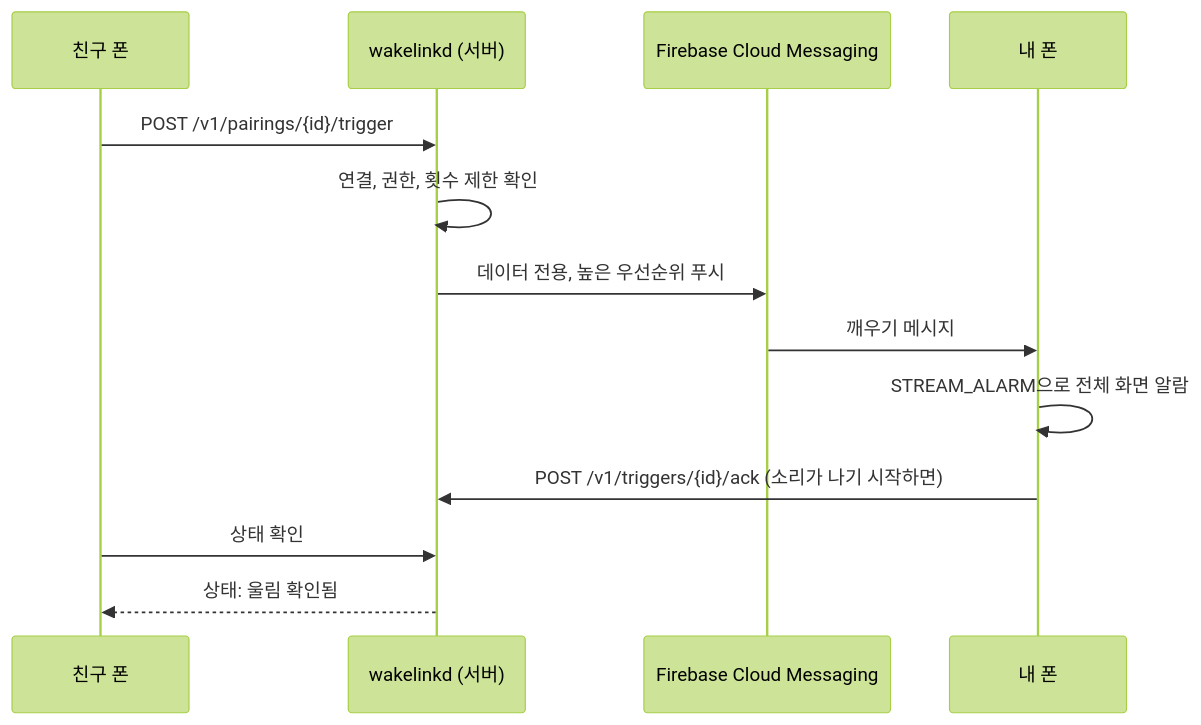
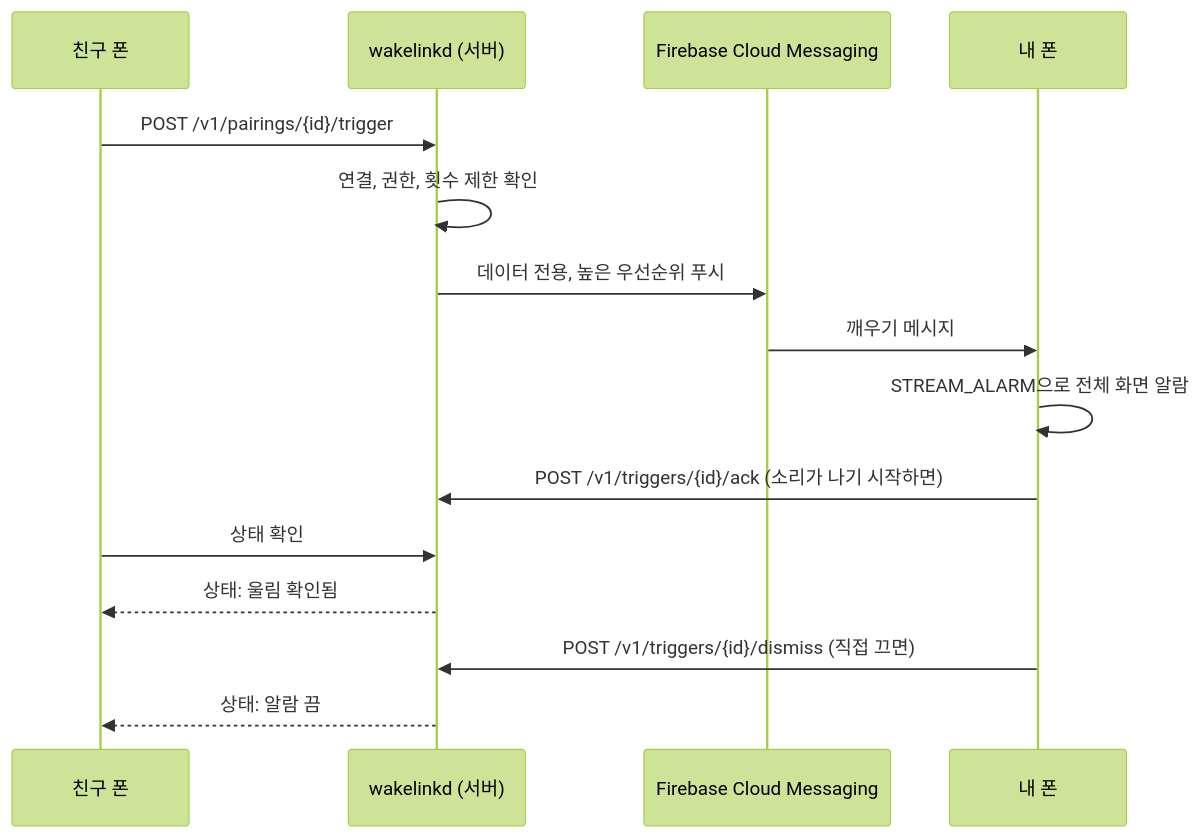
The diagram in README.ko.md (seolcu/wakelink), drawn with Mermaid (forest theme) before and after one commit. The commit also changed other lines of this file and 31 other files, not shown here.

````diff
--- a/README.ko.md
+++ b/README.ko.md
@@ -67,15 +67,17 @@
 ```mermaid
 sequenceDiagram
     participant A as 친구 폰
     participant S as wakelinkd (서버)
     participant F as Firebase Cloud Messaging
     participant B as 내 폰
     A->>S: POST /v1/pairings/{id}/trigger
     S->>S: 연결, 권한, 횟수 제한 확인
     S->>F: 데이터 전용, 높은 우선순위 푸시
     F->>B: 깨우기 메시지
     B->>B: STREAM_ALARM으로 전체 화면 알람
     B->>S: POST /v1/triggers/{id}/ack (소리가 나기 시작하면)
     A->>S: 상태 확인
     S-->>A: 상태: 울림 확인됨
+    B->>S: POST /v1/triggers/{id}/dismiss (직접 끄면)
+    S-->>A: 상태: 알람 끔
 ```
````
